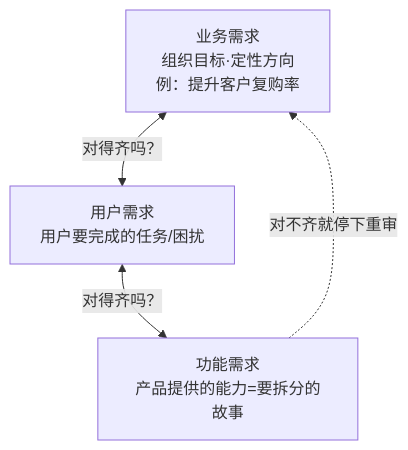
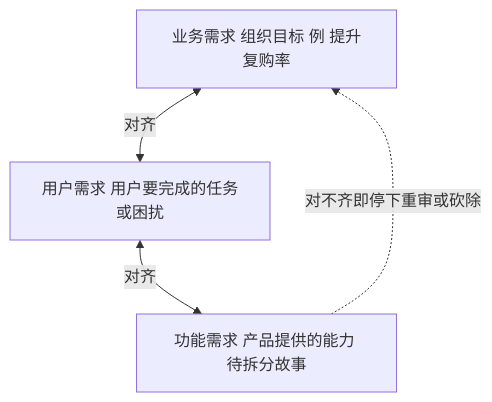
Before and after one commit to Sj-g/obsidian: the second of 7 diagrams in 计算机相关学习/需求/需求拆分和需求分析.md, drawn with Mermaid. The commit also changed other lines of this file and 4 other files, not shown here.

````diff
--- a/计算机相关学习/需求/需求拆分和需求分析.md
+++ b/计算机相关学习/需求/需求拆分和需求分析.md
@@ -57,9 +76,9 @@
 ```mermaid
 flowchart TB
-    A["业务需求<br/>组织目标·定性方向<br/>例：提升客户复购率"]
-    B["用户需求<br/>用户要完成的任务/困扰"]
-    C["功能需求<br/>产品提供的能力=要拆分的故事"]
-    A <-->|对得齐吗？| B
-    B <-->|对得齐吗？| C
-    C -.->|对不齐就停下重审| A
+    A["业务需求 组织目标 例 提升复购率"]
+    B["用户需求 用户要完成的任务或困扰"]
+    C["功能需求 产品提供的能力 待拆分故事"]
+    A <-->|对齐| B
+    B <-->|对齐| C
+    C -.->|对不齐即停下重审或砍除| A
 ```
````
